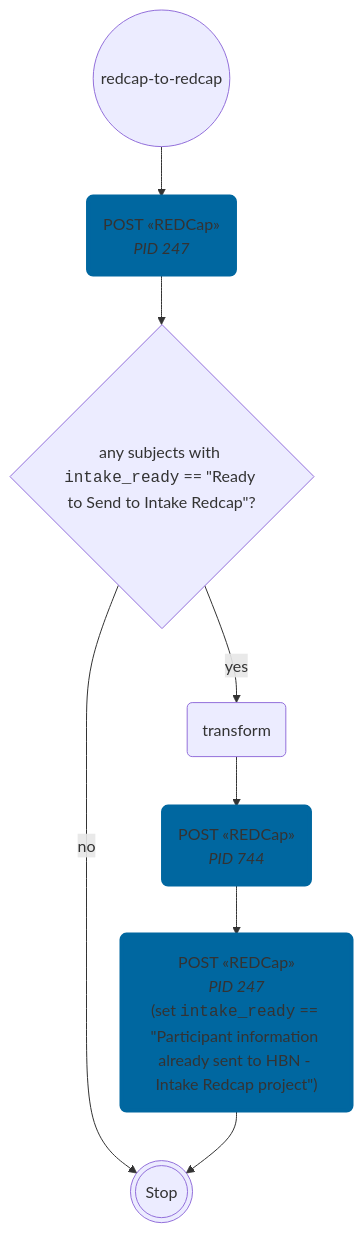
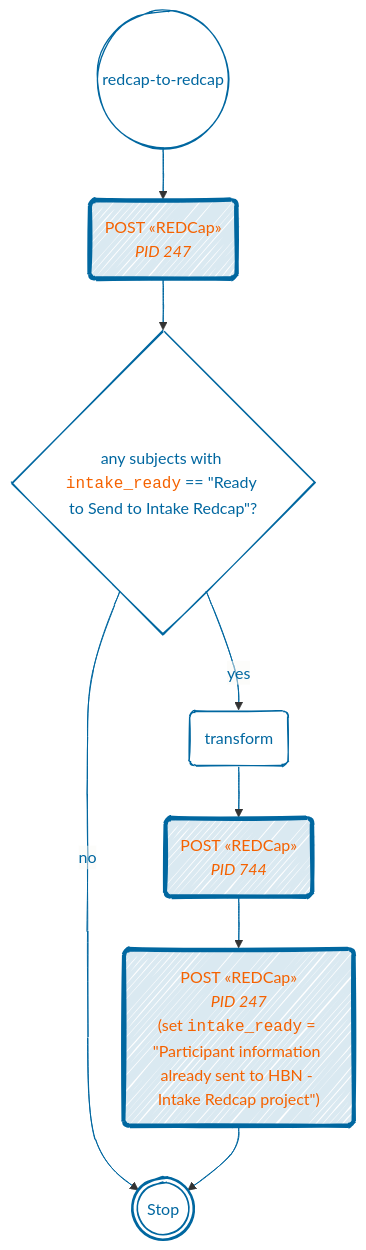
One commit to shnizzedy/hbnmigration changed the first of 2 diagrams in python_jobs/src/hbnmigration/from_redcap/README.md. Above: the diagram before and after it, drawn with Mermaid. The commit also changed other lines of this file and 3 other files, not shown here.

Commit message:
:memo: Add flowchart for REDCap to Curious

`````diff
--- a/python_jobs/src/hbnmigration/from_redcap/README.md
+++ b/python_jobs/src/hbnmigration/from_redcap/README.md
@@ -5,7 +5,18 @@
 ```mermaid
+---
+config:
+  look: handDrawn
+  themeVariables:
+    edgeLabelBackground: '#FAF9F500'
+    fontFamily: "Verdana, Courier New, Arial Black, Arial Bold, cursive, fantasy"
+---
 flowchart TD
-    classDef apiCall fill:#0067a0,stroke:#0067a0,stroke-width:4px;
-    start@{ shape: circle, label: "redcap-to-redcap" } --> fetch_247@{ shape: rounded, label: "POST «REDCap»\n*PID 247*" } --> has_data@{ shape: diamond, label: "any subjects with <code>intake_ready</code> == \"Ready to Send to Intake Redcap\"?" } -- no --> stop@{ shape: dbl-circ, label: "Stop" };
-    has_data -- yes --> transform@{ shape: rounded, label: "transform" } --> push_744@{ shape: rounded, label: "POST «REDCap»\n*PID 744*" } --> update_247@{ shape: rounded, label: "POST «REDCap»\n*PID 247*\n(set <code>intake_ready</code> == \"Participant information already sent to HBN - Intake Redcap project\")" } --> stop;
+    classDef apiCall color:#F56200,fill:#0067a025,stroke:#0067a0,stroke-width:4px;
+    classDef default stroke:#0067a0,color:#0067a0,fill:#FAF9F510;
+
+    start@{ shape: circle, label: "redcap-to-redcap" } --> fetch_247@{ shape: rounded, label: "POST «REDCap»\n*PID 247*" } --> has_data@{ shape: diamond, label: "any subjects with <code style='color:#F56200'>intake_ready</code> == \"Ready to Send to Intake Redcap\"?" } -- no --> stop@{ shape: dbl-circ, label: "Stop" };
+    has_data -- yes --> transform@{ shape: rounded, label: "transform" } --> push_744@{ shape: rounded, label: "POST «REDCap»\n*PID 744*" } --> update_247@{ shape: rounded, label: "POST «REDCap»\n*PID 247*\n(set <code style='color:#F56200'>intake_ready</code> = \"Participant information already sent to HBN - Intake Redcap project\")" } --> stop;
+
     class fetch_247,push_744,update_247 apiCall;
+    linkStyle 0,1,2,3,4,5,6 stroke:#0067a0,color:#0067a0
 ````
`````
